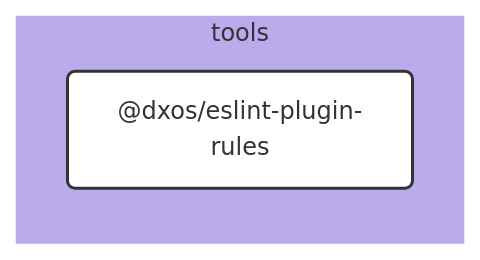
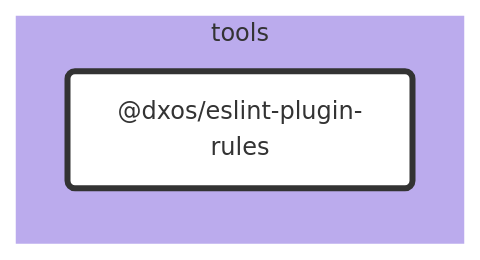
The diagram in tools/eslint-rules/docs/README.md (dxos/dxos), drawn with Mermaid before and after one commit. The commit also changed 683 other files, not shown here.

````diff
--- a/tools/eslint-rules/docs/README.md
+++ b/tools/eslint-rules/docs/README.md
@@ -7,25 +7,20 @@
 ```mermaid
 %%{ init: {'flowchart':{'curve':'basis'}} }%%
 
 flowchart LR
 
-%% Links
+%% Classes
+classDef def fill:#fff,stroke:#333,stroke-width:1px
+classDef root fill:#fff,stroke:#333,stroke-width:4px
 
-%% Sections
-subgraph tools
-  style tools fill:#bbabed,stroke:#fff;
+%% Nodes
 
-  dxos/eslint-plugin-rules("@dxos/eslint-plugin-rules")
+subgraph tools [tools]
+  style tools fill:#bbabed,stroke:#fff
+  dxos/eslint-plugin-rules("@dxos/eslint-plugin-rules"):::root
+  click dxos/eslint-plugin-rules "dxos/dxos/tree/main/tools/eslint-rules/docs"
 end
 
-
-%% Hyperlinks
-
-%% Styles
-classDef rootNode fill:#fff,stroke:#333,stroke-width:2px
-classDef defaultNode fill:#fff,stroke:#333,stroke-width:1px
+%% Links
 linkStyle default stroke:#333,stroke-width:1px
-
-dxos/eslint-plugin-rules:::rootNode
-
 ```
````
